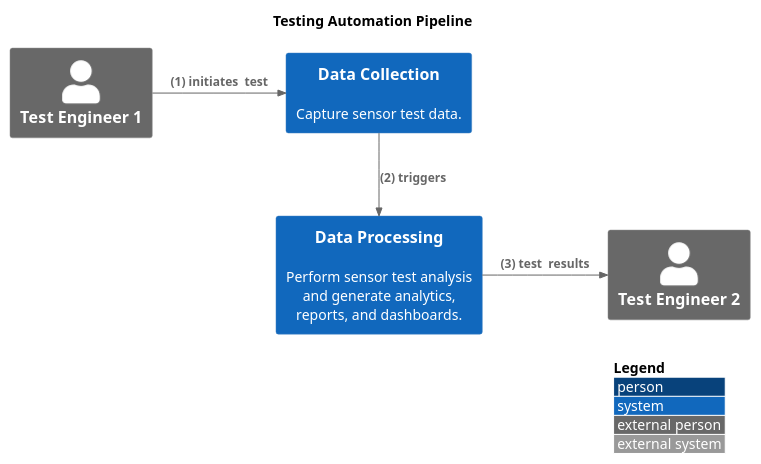
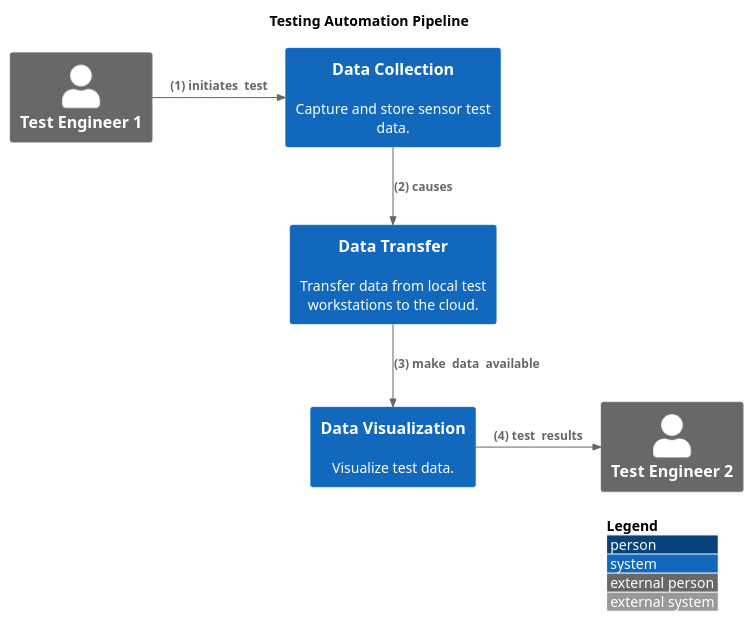
Before and after one commit to matthew-beisser/testing-automation-pipeline-3: the diagram in docs/architecture/views/system_context_diagram.plantuml, drawn with PlantUML. The commit also changed 2 other files, not shown here.

```diff
--- a/docs/architecture/views/system_context_diagram.plantuml
+++ b/docs/architecture/views/system_context_diagram.plantuml
@@ -1,20 +1,22 @@
 @startuml system_context_diagram
 !include https://raw.githubusercontent.com/plantuml-stdlib/C4-PlantUML/master/C4_Context.puml
 
 title Testing Automation Pipeline
 
 LAYOUT_WITH_LEGEND()
 LAYOUT_TOP_DOWN()
 
 ' Elements
 Person_Ext(Tester, "Test Engineer 1")
-System(DataCollection, "Data Collection", "Capture sensor test data.")
-System(DataProcessor, "Data Processing", "Perform sensor test analysis and generate analytics, reports, and dashboards.")
+System(DataCollection, "Data Collection", "Capture and store sensor test data.")
+System(DataProcessor, "Data Transfer", "Transfer data from local test workstations to the cloud.")
+System(DataView, "Data Visualization", "Visualize test data.")
 Person_Ext(DataAnalyst, "Test Engineer 2")
 
 ' Relationships
 Rel_Neighbor(Tester, DataCollection, "(1) initiates  test")
-Rel(DataCollection, DataProcessor, "(2) triggers")
-Rel_Neighbor(DataProcessor, DataAnalyst, "(3) test  results")
+Rel(DataCollection, DataProcessor, "(2) causes")
+Rel(DataProcessor, DataView, "(3) make  data  available")
+Rel_Neighbor(DataView, DataAnalyst, "(4) test  results")
 
 @enduml
```
